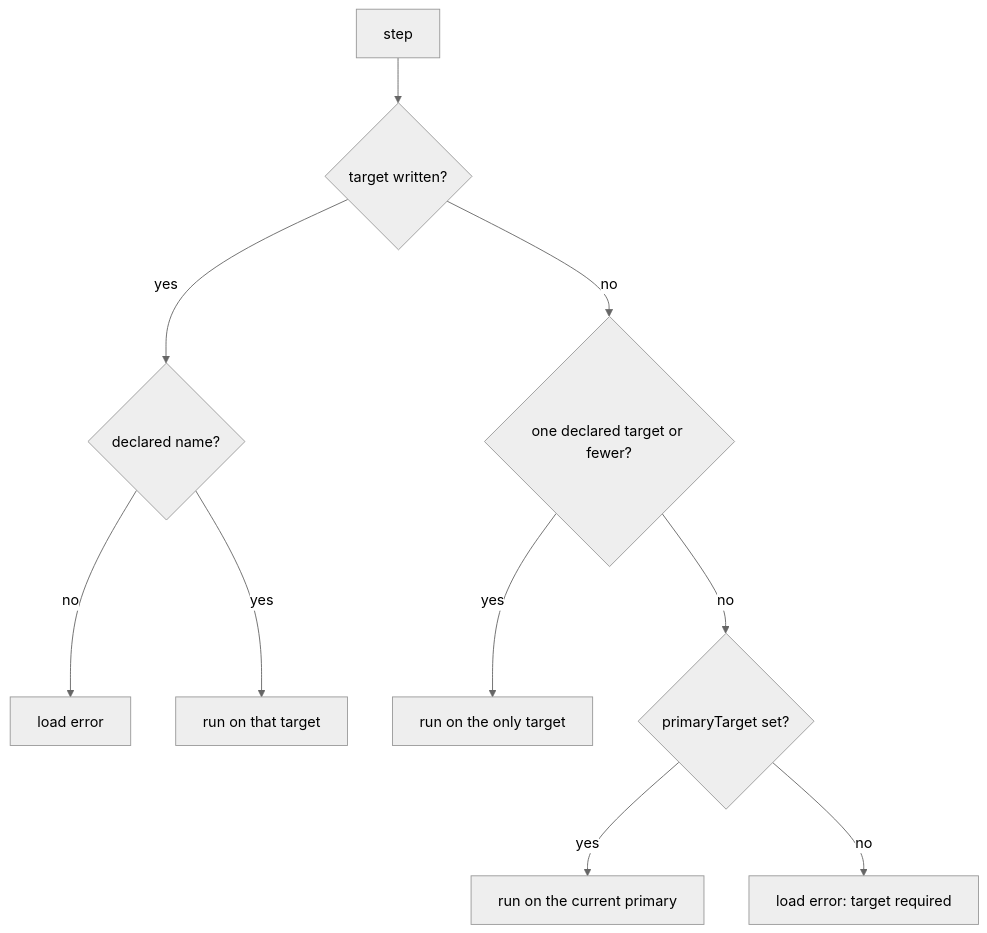
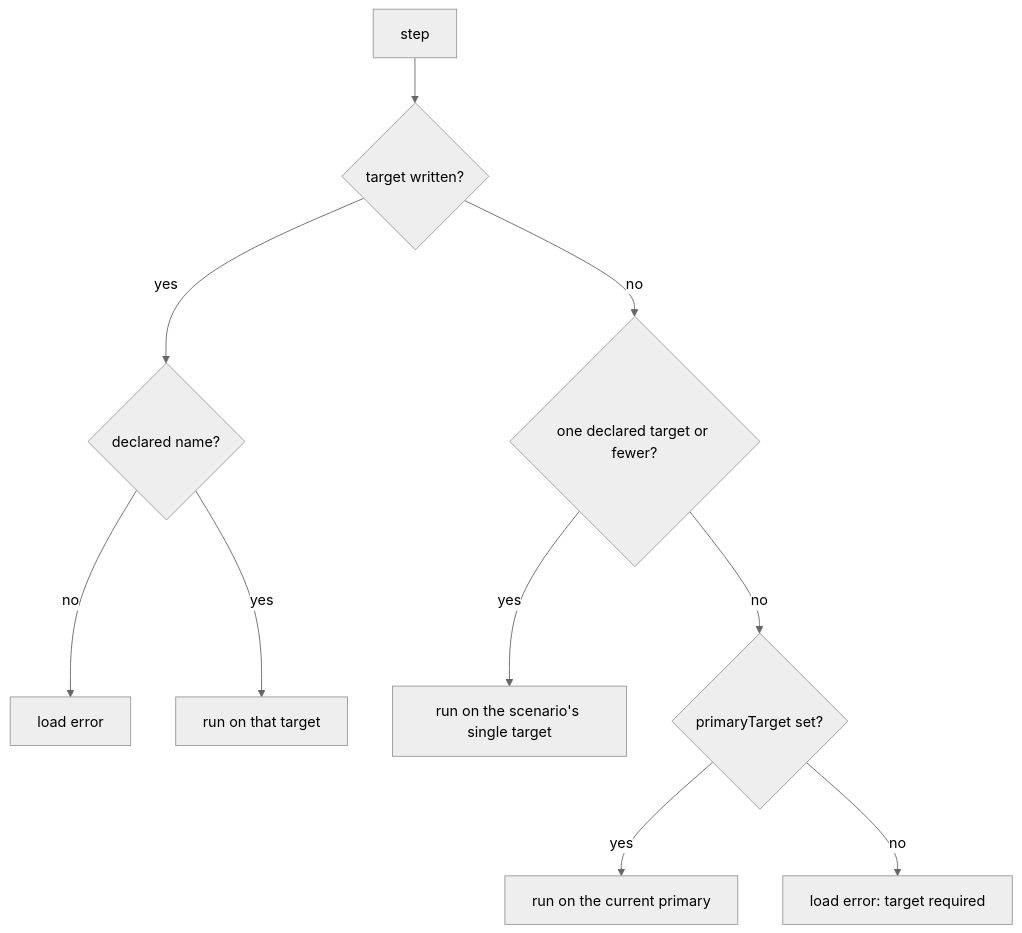
Before and after one commit to bajutsu-e2e/bajutsu: the first of 4 diagrams in roadmaps/BE-XXXX-install-app-step/BE-XXXX-install-app-step.md, drawn with Mermaid (neutral theme). The commit also changed other lines of this file and 1 other file, not shown here.

Commit message:
docs(roadmap): apply the sixth cold review to the install-app-step proposal

````diff
--- a/roadmaps/BE-XXXX-install-app-step/BE-XXXX-install-app-step.md
+++ b/roadmaps/BE-XXXX-install-app-step/BE-XXXX-install-app-step.md
@@ -271,12 +271,12 @@
 ```mermaid
 flowchart TD
   S["step"] --> W{"target written?"}
   W -- yes --> D{"declared name?"}
   D -- no --> E1["load error"]
   D -- yes --> R1["run on that target"]
   W -- no --> N{"one declared target or fewer?"}
-  N -- yes --> R2["run on the only target"]
+  N -- yes --> R2["run on the scenario's single target"]
   N -- no --> P{"primaryTarget set?"}
   P -- yes --> R3["run on the current primary"]
   P -- no --> E2["load error: target required"]
 ```
````
